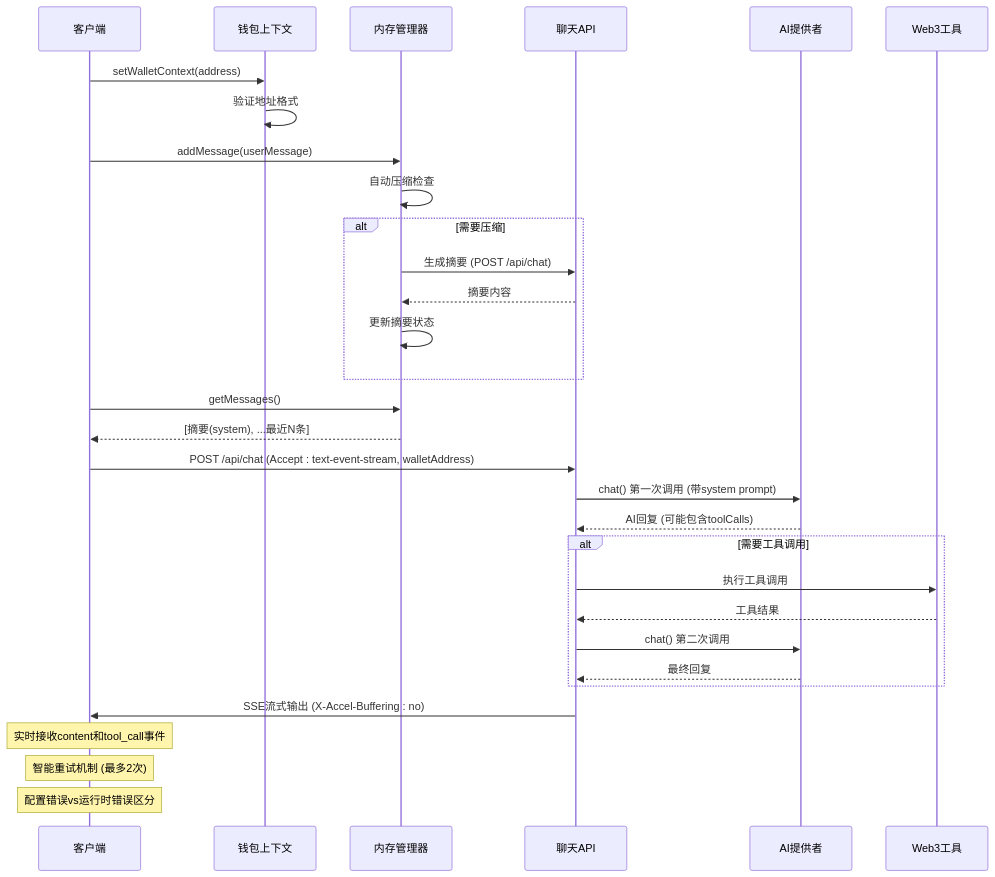
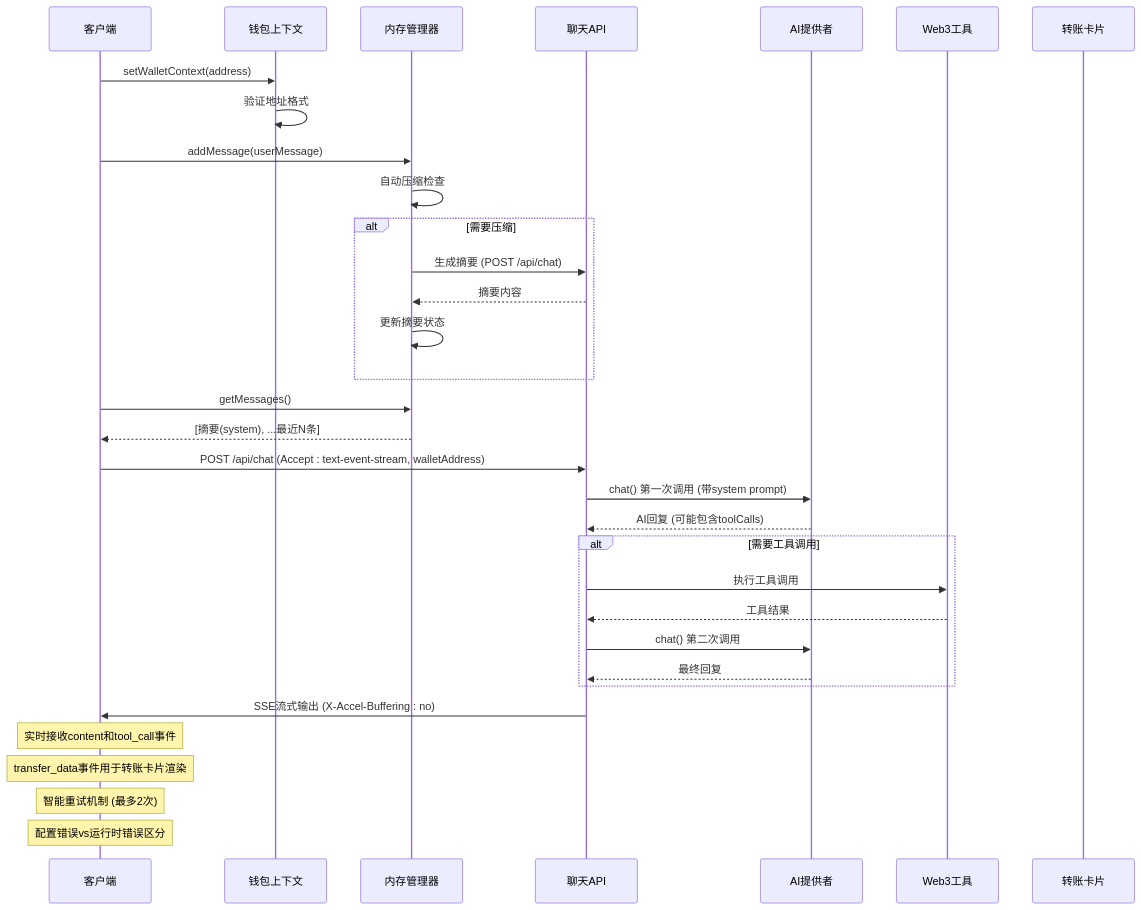
One commit to CryptoLinxu/Web3-AI-Agent changed the second of 35 diagrams in .qoder/repowiki/zh/content/核心技能详解/SSE流式聊天系统.md. Above: the diagram before and after it, drawn with Mermaid. The commit also changed other lines of this file and 7 other files, not shown here.

Commit message:
eat(transfer-card): 实现 ERC20 approve 完整流程" -m "扩展 ERC20_ABI 增加 allowance 和 approve 新增 useReadContract 检查授权额度 allowance 不足时自动显示授权步骤 approve 成功后自动发起 transfer 新增 approving 状态和授权 UI 按钮 类型 TransferStatus 新增 approving

````diff
--- a/.qoder/repowiki/zh/content/核心技能详解/SSE流式聊天系统.md
+++ b/.qoder/repowiki/zh/content/核心技能详解/SSE流式聊天系统.md
@@ -183,33 +214,35 @@
 ```mermaid
 sequenceDiagram
 participant Client as 客户端
 participant WalletContext as 钱包上下文
 participant MemoryManager as 内存管理器
 participant API as 聊天API
 participant Provider as AI提供者
 participant Tools as Web3工具
+participant TransferCard as 转账卡片
 Client->>WalletContext : setWalletContext(address)
 WalletContext->>WalletContext : 验证地址格式
 Client->>MemoryManager : addMessage(userMessage)
 MemoryManager->>MemoryManager : 自动压缩检查
 alt 需要压缩
 MemoryManager->>API : 生成摘要 (POST /api/chat)
 API-->>MemoryManager : 摘要内容
 MemoryManager->>MemoryManager : 更新摘要状态
 end
 Client->>MemoryManager : getMessages()
 MemoryManager-->>Client : [摘要(system), ...最近N条]
 Client->>API : POST /api/chat (Accept : text-event-stream, walletAddress)
 API->>Provider : chat() 第一次调用 (带system prompt)
 Provider-->>API : AI回复 (可能包含toolCalls)
 alt 需要工具调用
 API->>Tools : 执行工具调用
 Tools-->>API : 工具结果
 API->>Provider : chat() 第二次调用
 Provider-->>API : 最终回复
 end
 API->>Client : SSE流式输出 (X-Accel-Buffering : no)
 Note over Client : 实时接收content和tool_call事件
+Note over Client : transfer_data事件用于转账卡片渲染
 Note over Client : 智能重试机制 (最多2次)
 Note over Client : 配置错误vs运行时错误区分
 ```
````
